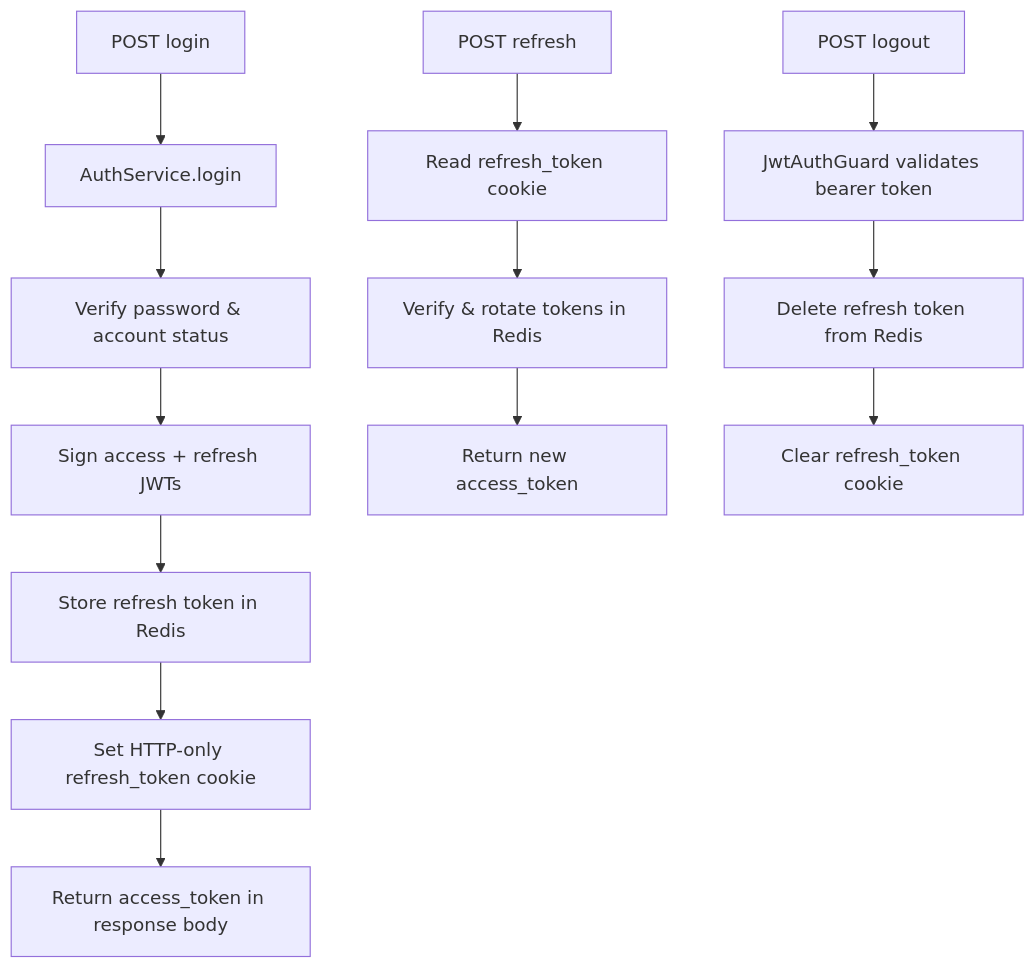
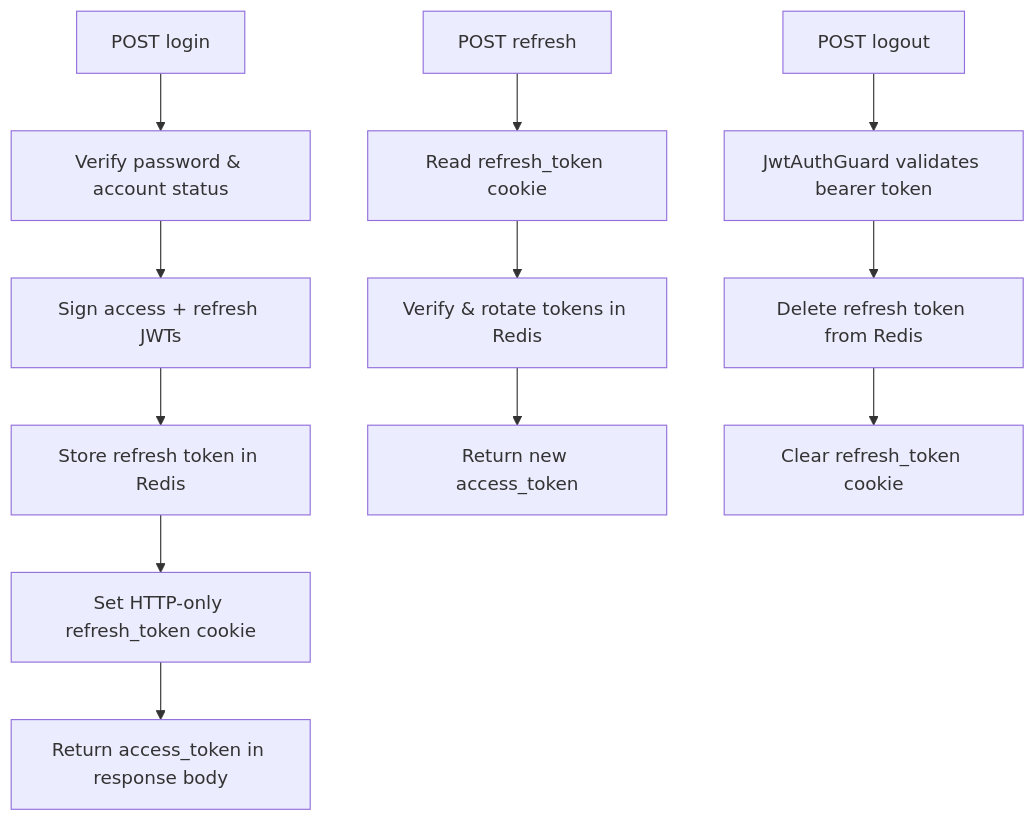
One commit to raghavmoudgilZem/ragflow changed the second of 2 diagrams in backend/node-services/identity-service/docs/index.md. Above: the diagram before and after it, drawn with Mermaid. The commit also changed other lines of this file and 8 other files, not shown here.

````diff
--- a/backend/node-services/identity-service/docs/index.md
+++ b/backend/node-services/identity-service/docs/index.md
@@ -78,17 +111,16 @@
 ```mermaid
 flowchart TD
-    A["POST login"] --> B["AuthService.login"]
-    B --> C["Verify password & account status"]
-    C --> D["Sign access + refresh JWTs"]
-    D --> E["Store refresh token in Redis"]
-    E --> F["Set HTTP-only refresh_token cookie"]
-    F --> G["Return access_token in response body"]
+    A["POST login"] --> B["Verify password & account status"]
+    B --> C["Sign access + refresh JWTs"]
+    C --> D["Store refresh token in Redis"]
+    D --> E["Set HTTP-only refresh_token cookie"]
+    E --> F["Return access_token in response body"]
 
-    H["POST refresh"] --> I["Read refresh_token cookie"]
-    I --> J["Verify & rotate tokens in Redis"]
-    J --> K["Return new access_token"]
+    G["POST refresh"] --> H["Read refresh_token cookie"]
+    H --> I["Verify & rotate tokens in Redis"]
+    I --> J["Return new access_token"]
 
-    L["POST logout"] --> M["JwtAuthGuard validates bearer token"]
-    M --> N["Delete refresh token from Redis"]
-    N --> O["Clear refresh_token cookie"]
+    K["POST logout"] --> L["JwtAuthGuard validates bearer token"]
+    L --> M["Delete refresh token from Redis"]
+    M --> N["Clear refresh_token cookie"]
 ```
````
